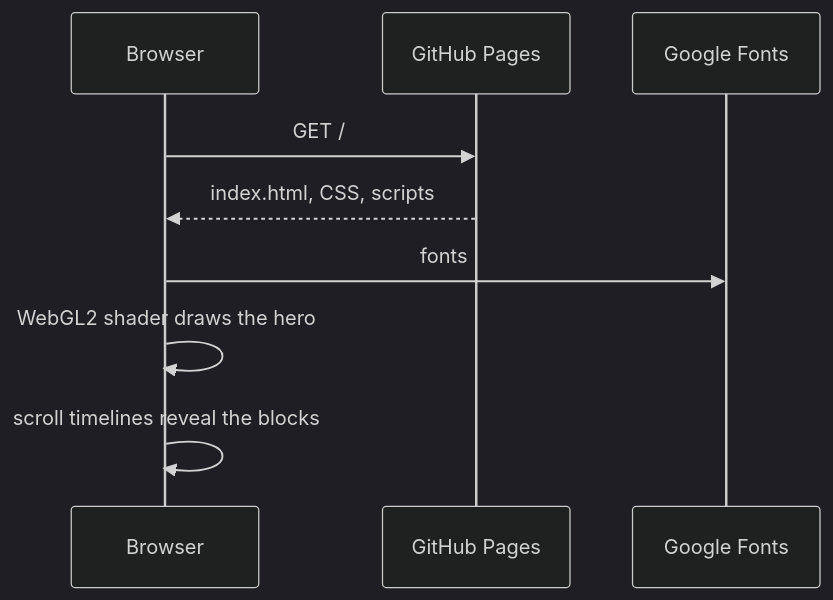
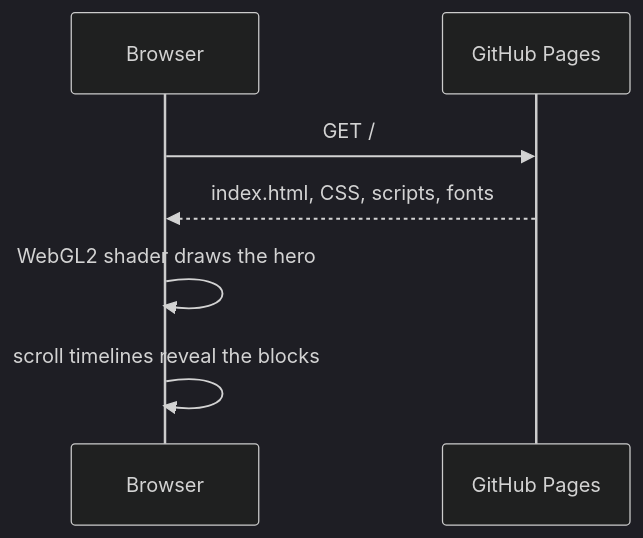
The second of 3 diagrams in docs/architecture.md (workbench-soft/workbench-soft.github.io), drawn with Mermaid (dark theme) before and after one commit. The commit also changed other lines of this file and 31 other files, not shown here.

````diff
--- a/docs/architecture.md
+++ b/docs/architecture.md
@@ -48,11 +48,9 @@
 ```mermaid
 sequenceDiagram
   participant B as Browser
   participant P as GitHub Pages
-  participant F as Google Fonts
   B->>P: GET /
-  P-->>B: index.html, CSS, scripts
-  B->>F: fonts
+  P-->>B: index.html, CSS, scripts, fonts
   B->>B: WebGL2 shader draws the hero
   B->>B: scroll timelines reveal the blocks
 ```
````
